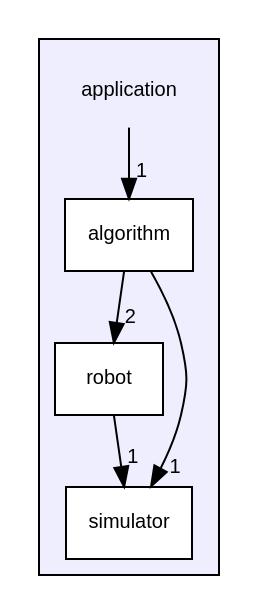
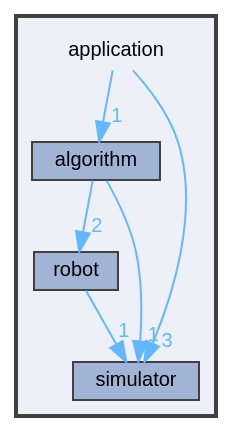
One commit to darshit-desai/Maze-Solver-simulation-using-Wall-Following-Algorithm-OOP changed the diagram in docs/dir_d75c23162a2652451dce46d2e7e8aead_dep.dot. Above: the diagram before and after it, drawn with Graphviz. The commit also changed 381 other files, not shown here.

```diff
--- a/docs/dir_d75c23162a2652451dce46d2e7e8aead_dep.dot
+++ b/docs/dir_d75c23162a2652451dce46d2e7e8aead_dep.dot
@@ -1,16 +1,20 @@
-digraph "application" {
+digraph "D:/Maze-Solver-simulation-using-Wall-Following-Algorithm-OOP/application"
+{
+ // LATEX_PDF_SIZE
+  bgcolor="transparent";
+  edge [fontname=Helvetica,fontsize=10,labelfontname=Helvetica,labelfontsize=10];
+  node [fontname=Helvetica,fontsize=10,shape=box,height=0.2,width=0.4];
   compound=true
-  node [ fontsize="10", fontname="Helvetica"];
-  edge [ labelfontsize="10", labelfontname="Helvetica"];
   subgraph clusterdir_d75c23162a2652451dce46d2e7e8aead {
-    graph [ bgcolor="#eeeeff", pencolor="black", label="" URL="dir_d75c23162a2652451dce46d2e7e8aead.html"];
-    dir_d75c23162a2652451dce46d2e7e8aead [shape=plaintext label="application"];
-    dir_8788d5b9ef76e6c3c9e62a52e6c8fb62 [shape=box label="algorithm" color="black" fillcolor="white" style="filled" URL="dir_8788d5b9ef76e6c3c9e62a52e6c8fb62.html"];
-    dir_e8d29c30eeee0fa0b24493a6a0331aff [shape=box label="robot" color="black" fillcolor="white" style="filled" URL="dir_e8d29c30eeee0fa0b24493a6a0331aff.html"];
-    dir_638ef7d2d9bbc9093729c39ba06043f5 [shape=box label="simulator" color="black" fillcolor="white" style="filled" URL="dir_638ef7d2d9bbc9093729c39ba06043f5.html"];
+    graph [ bgcolor="#edf0f7", pencolor="grey25", label="", fontname=Helvetica,fontsize=10 style="filled,bold", URL="dir_d75c23162a2652451dce46d2e7e8aead.html",tooltip=""]
+    dir_d75c23162a2652451dce46d2e7e8aead [shape=plaintext, label="application"];
+  dir_8788d5b9ef76e6c3c9e62a52e6c8fb62 [label="algorithm", fillcolor="#a2b4d6", color="grey25", style="filled", URL="dir_8788d5b9ef76e6c3c9e62a52e6c8fb62.html",tooltip=""];
+  dir_e8d29c30eeee0fa0b24493a6a0331aff [label="robot", fillcolor="#a2b4d6", color="grey25", style="filled", URL="dir_e8d29c30eeee0fa0b24493a6a0331aff.html",tooltip=""];
+  dir_638ef7d2d9bbc9093729c39ba06043f5 [label="simulator", fillcolor="#a2b4d6", color="grey25", style="filled", URL="dir_638ef7d2d9bbc9093729c39ba06043f5.html",tooltip=""];
   }
-  dir_e8d29c30eeee0fa0b24493a6a0331aff->dir_638ef7d2d9bbc9093729c39ba06043f5 [headlabel="1", labeldistance=1.5 headhref="dir_000002_000003.html"];
-  dir_8788d5b9ef76e6c3c9e62a52e6c8fb62->dir_e8d29c30eeee0fa0b24493a6a0331aff [headlabel="2", labeldistance=1.5 headhref="dir_000001_000002.html"];
-  dir_8788d5b9ef76e6c3c9e62a52e6c8fb62->dir_638ef7d2d9bbc9093729c39ba06043f5 [headlabel="1", labeldistance=1.5 headhref="dir_000001_000003.html"];
-  dir_d75c23162a2652451dce46d2e7e8aead->dir_8788d5b9ef76e6c3c9e62a52e6c8fb62 [headlabel="1", labeldistance=1.5 headhref="dir_000000_000001.html"];
+  dir_d75c23162a2652451dce46d2e7e8aead->dir_638ef7d2d9bbc9093729c39ba06043f5 [headlabel="3", labeldistance=1.5 headhref="dir_000001_000005.html" color="steelblue1" fontcolor="steelblue1"];
+  dir_d75c23162a2652451dce46d2e7e8aead->dir_8788d5b9ef76e6c3c9e62a52e6c8fb62 [headlabel="1", labeldistance=1.5 headhref="dir_000001_000000.html" color="steelblue1" fontcolor="steelblue1"];
+  dir_8788d5b9ef76e6c3c9e62a52e6c8fb62->dir_638ef7d2d9bbc9093729c39ba06043f5 [headlabel="1", labeldistance=1.5 headhref="dir_000000_000005.html" color="steelblue1" fontcolor="steelblue1"];
+  dir_8788d5b9ef76e6c3c9e62a52e6c8fb62->dir_e8d29c30eeee0fa0b24493a6a0331aff [headlabel="2", labeldistance=1.5 headhref="dir_000000_000004.html" color="steelblue1" fontcolor="steelblue1"];
+  dir_e8d29c30eeee0fa0b24493a6a0331aff->dir_638ef7d2d9bbc9093729c39ba06043f5 [headlabel="1", labeldistance=1.5 headhref="dir_000004_000005.html" color="steelblue1" fontcolor="steelblue1"];
 }
```
